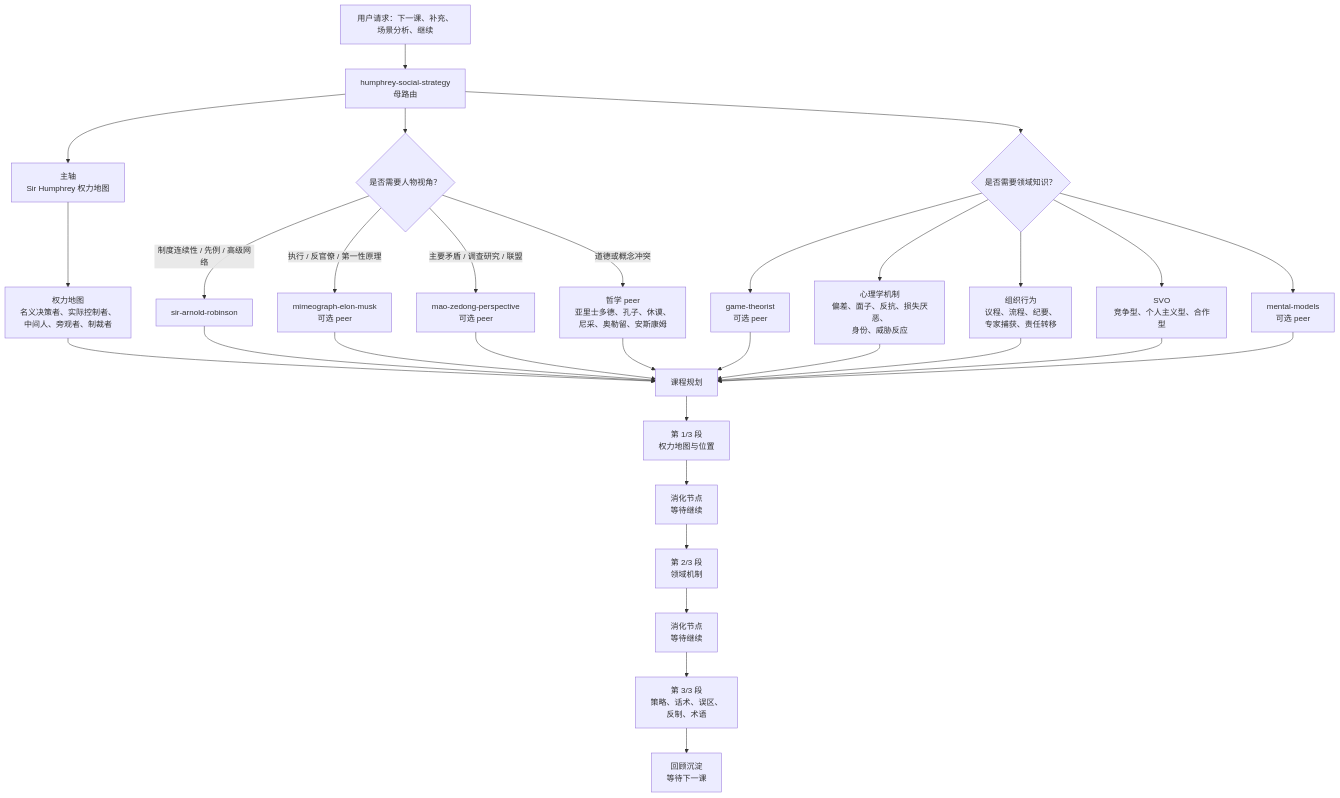
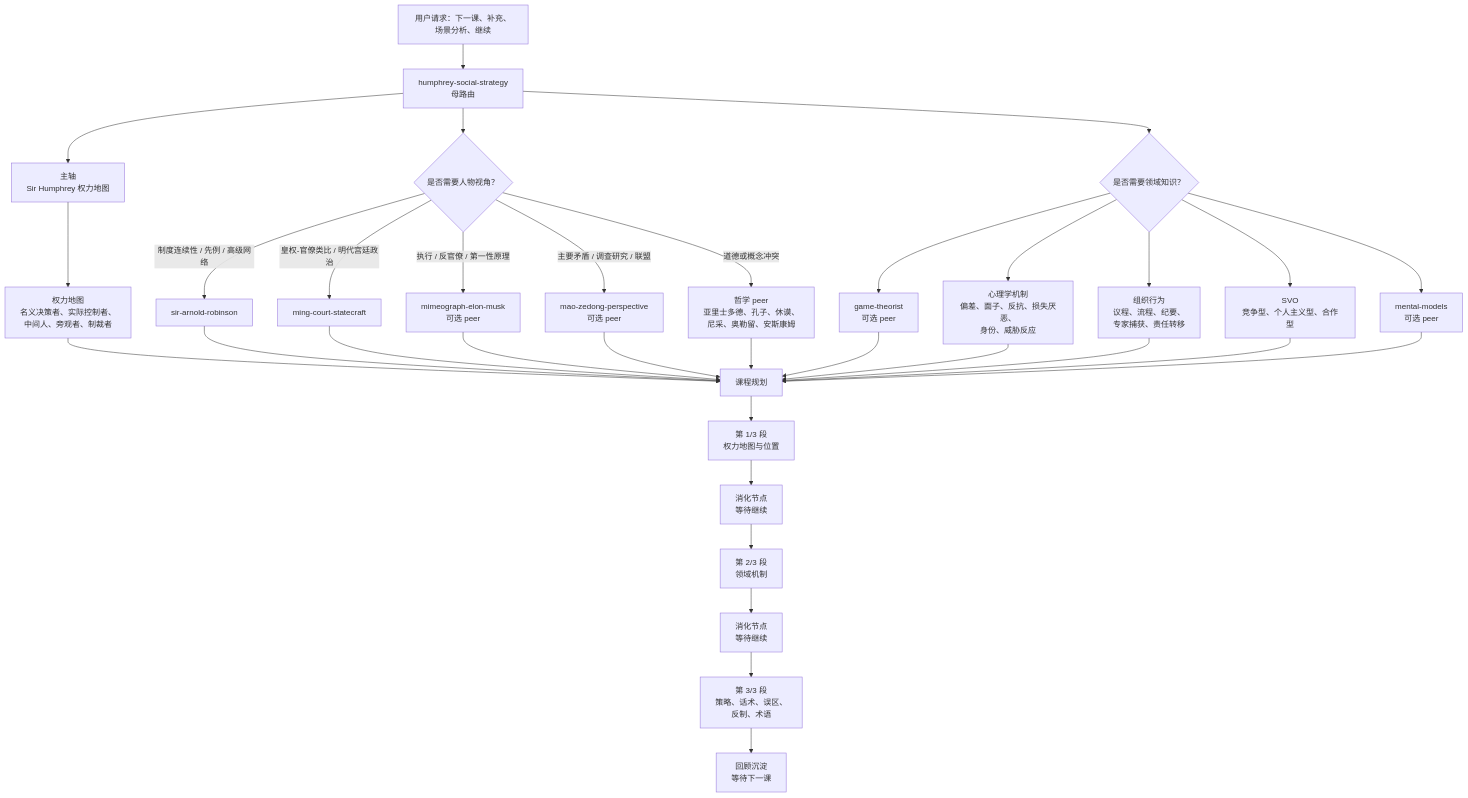
Before and after one commit to Mingfius-Song/GCMG-ladder_to_apotheosis-skill: the fifth of 8 diagrams in README.md, drawn with Mermaid. The commit also changed other lines of this file and 5 other files, not shown here.

Commit message:
Add Ming court statecraft enhancer skill

````diff
--- a/README.md
+++ b/README.md
@@ -378,38 +391,40 @@
 ```mermaid
 flowchart TD
     UserCN["用户请求：下一课、补充、场景分析、继续"] --> RouterCN["humphrey-social-strategy<br/>母路由"]
 
     RouterCN --> CoreCN["主轴<br/>Sir Humphrey 权力地图"]
     CoreCN --> PowerMapCN["权力地图<br/>名义决策者、实际控制者、<br/>中间人、旁观者、制裁者"]
 
     RouterCN --> PersonaGateCN{"是否需要人物视角？"}
     PersonaGateCN -->|制度连续性 / 先例 / 高级网络| ArnoldCN["sir-arnold-robinson"]
+    PersonaGateCN -->|皇权-官僚类比 / 明代宫廷政治| MingCN["ming-court-statecraft"]
     PersonaGateCN -->|执行 / 反官僚 / 第一性原理| MuskCN["mimeograph-elon-musk<br/>可选 peer"]
     PersonaGateCN -->|主要矛盾 / 调查研究 / 联盟| MaoCN["mao-zedong-perspective<br/>可选 peer"]
     PersonaGateCN -->|道德或概念冲突| PhilosophyCN["哲学 peer<br/>亚里士多德、孔子、休谟、<br/>尼采、奥勒留、安斯康姆"]
 
     RouterCN --> KnowledgeGateCN{"是否需要领域知识？"}
     KnowledgeGateCN --> GameCN["game-theorist<br/>可选 peer"]
     KnowledgeGateCN --> PsychCN["心理学机制<br/>偏差、面子、反抗、损失厌恶、<br/>身份、威胁反应"]
     KnowledgeGateCN --> OrgCN["组织行为<br/>议程、流程、纪要、<br/>专家捕获、责任转移"]
     KnowledgeGateCN --> SVOCN["SVO<br/>竞争型、个人主义型、合作型"]
     KnowledgeGateCN --> ModelsCN["mental-models<br/>可选 peer"]
 
     PowerMapCN --> LessonPlanCN["课程规划"]
     ArnoldCN --> LessonPlanCN
+    MingCN --> LessonPlanCN
     MuskCN --> LessonPlanCN
     MaoCN --> LessonPlanCN
     PhilosophyCN --> LessonPlanCN
     GameCN --> LessonPlanCN
     PsychCN --> LessonPlanCN
     OrgCN --> LessonPlanCN
     SVOCN --> LessonPlanCN
     ModelsCN --> LessonPlanCN
 
     LessonPlanCN --> Turn1CN["第 1/3 段<br/>权力地图与位置"]
     Turn1CN --> Pause1CN["消化节点<br/>等待继续"]
     Pause1CN --> Turn2CN["第 2/3 段<br/>领域机制"]
     Turn2CN --> Pause2CN["消化节点<br/>等待继续"]
     Pause2CN --> Turn3CN["第 3/3 段<br/>策略、话术、误区、<br/>反制、术语"]
     Turn3CN --> ReviewCN["回顾沉淀<br/>等待下一课"]
 ```
````
